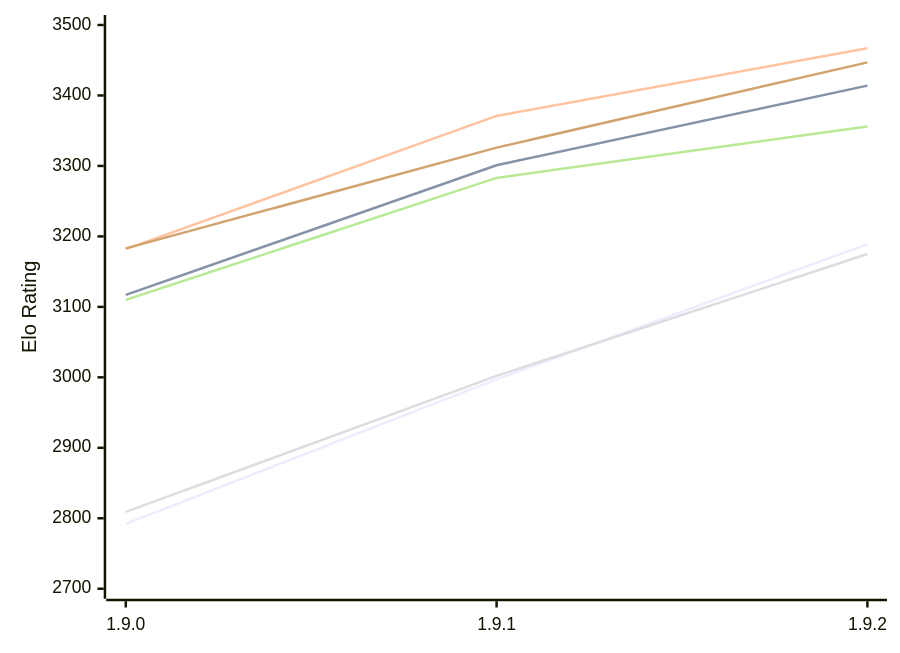
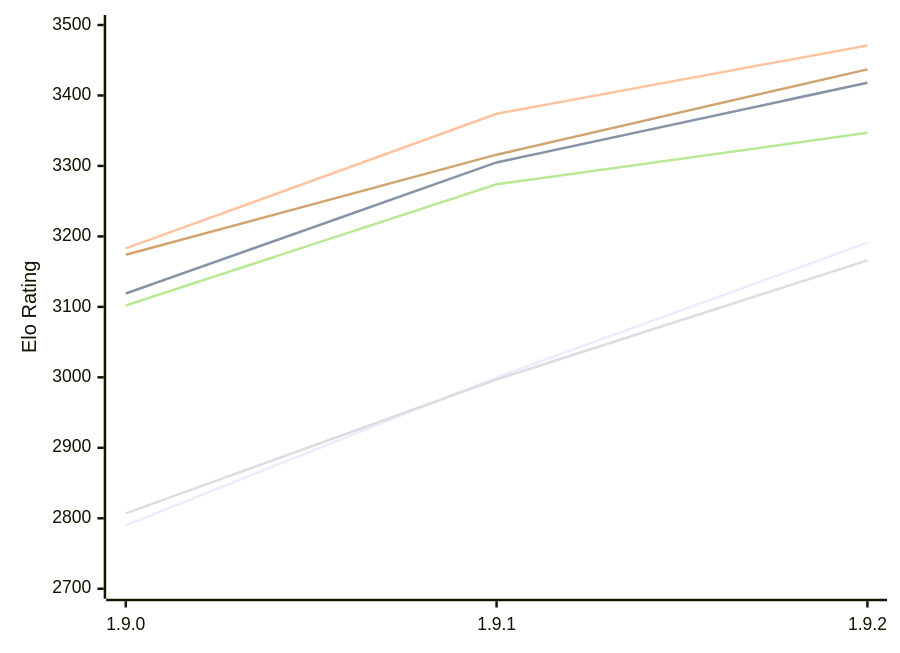
The diagram in engines/Superpawn.md (computer-chess-index/cci), drawn with Mermaid before and after one commit. The commit also changed other lines of this file, not shown here.

Commit message:
Update CCI Ratings (ELO VLTC) - 2026-11-15

````diff
--- a/engines/Superpawn.md
+++ b/engines/Superpawn.md
@@ -51,12 +51,12 @@
 ```mermaid
 %%{init: {"theme":"base","themeVariables":{"seriesColors:['#a3a3a3','#222221','#faa371']}}}%%
 xychart-beta
   x-axis ["1.9.0", "1.9.1", "1.9.2"]
   y-axis "Elo Rating" 2700 --> 3500
-  line "E1: STC (8.0+0.08s)" [2792, 2997, 3189]
-  line "E1: LTC (60.0+0.60s)" [3117, 3301, 3414]
-  line "E1: VLTC (2m24s+1.12s)" [3182, 3371, 3467]
-  line "P1: STC (8.0+0.08s)" [2809, 3002, 3175]
-  line "P1: LTC (60.0+0.60s)" [3110, 3283, 3356]
-  line "P1: VLTC (2m24s+1.12s)" [3183, 3326, 3447]
+  line "E1: STC (8.0+0.08s)" [2790, 3000, 3191]
+  line "E1: LTC (60.0+0.60s)" [3119, 3305, 3418]
+  line "E1: VLTC (2m24s+1.12s)" [3183, 3374, 3471]
+  line "P1: STC (8.0+0.08s)" [2807, 2997, 3166]
+  line "P1: LTC (60.0+0.60s)" [3102, 3274, 3347]
+  line "P1: VLTC (2m24s+1.12s)" [3174, 3316, 3437]
 ```
````
